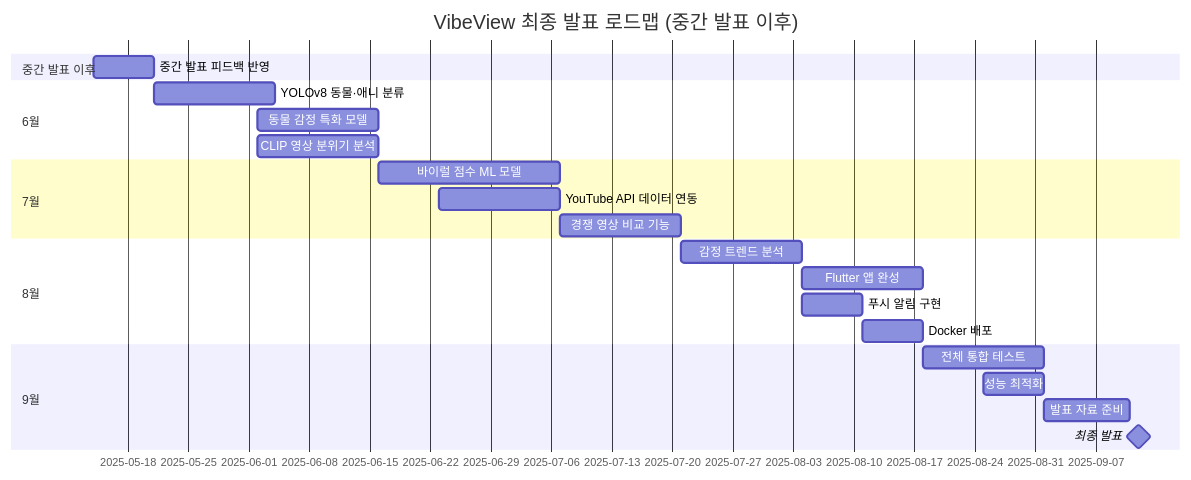
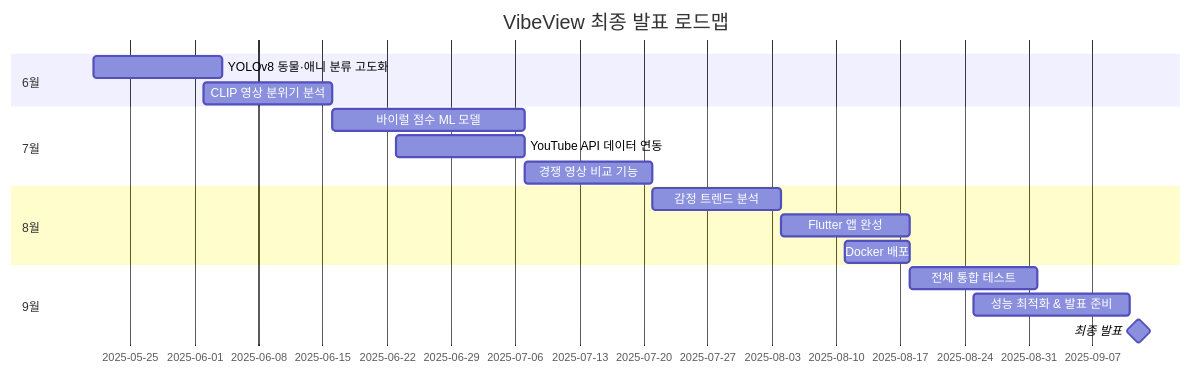
One commit to Userlsj-project/VibeView changed the sixth of 6 diagrams in README.md. Above: the diagram before and after it, drawn with Mermaid. The commit also changed other lines of this file and 19 other files, not shown here.

````diff
--- a/README.md
+++ b/README.md
@@ -282,25 +377,20 @@
 ```mermaid
 gantt
-    title VibeView 최종 발표 로드맵 (중간 발표 이후)
+    title VibeView 최종 발표 로드맵
     dateFormat  YYYY-MM-DD
-    section 중간 발표 이후
-    중간 발표 피드백 반영    :2025-05-14, 7d
     section 6월
-    YOLOv8 동물·애니 분류   :2025-05-21, 14d
-    동물 감정 특화 모델      :2025-06-02, 14d
-    CLIP 영상 분위기 분석    :2025-06-02, 14d
+    YOLOv8 동물·애니 분류 고도화  :2025-05-21, 14d
+    CLIP 영상 분위기 분석         :2025-06-02, 14d
     section 7월
-    바이럴 점수 ML 모델      :2025-06-16, 21d
-    YouTube API 데이터 연동  :2025-06-23, 14d
-    경쟁 영상 비교 기능      :2025-07-07, 14d
+    바이럴 점수 ML 모델           :2025-06-16, 21d
+    YouTube API 데이터 연동       :2025-06-23, 14d
+    경쟁 영상 비교 기능           :2025-07-07, 14d
     section 8월
-    감정 트렌드 분석         :2025-07-21, 14d
-    Flutter 앱 완성          :2025-08-04, 14d
-    푸시 알림 구현           :2025-08-04, 7d
-    Docker 배포              :2025-08-11, 7d
+    감정 트렌드 분석              :2025-07-21, 14d
+    Flutter 앱 완성               :2025-08-04, 14d
+    Docker 배포                   :2025-08-11, 7d
     section 9월
-    전체 통합 테스트         :2025-08-18, 14d
-    성능 최적화              :2025-08-25, 7d
-    발표 자료 준비           :2025-09-01, 10d
-    최종 발표                :milestone, 2025-09-12, 0d
+    전체 통합 테스트              :2025-08-18, 14d
+    성능 최적화 & 발표 준비       :2025-08-25, 17d
+    최종 발표                     :milestone, 2025-09-12, 0d
 ```
````
